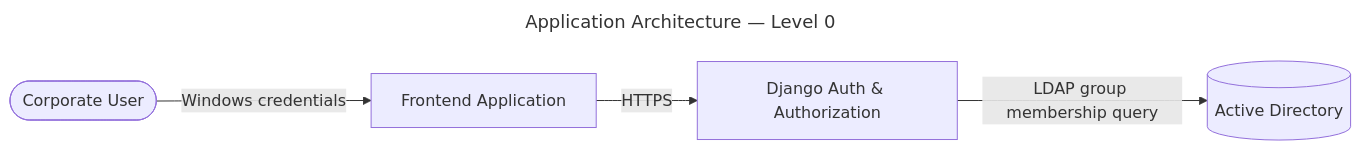
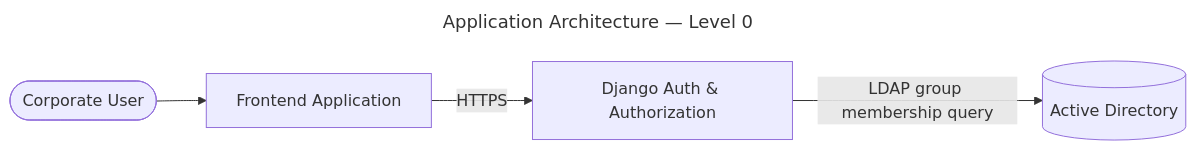
The first of 11 diagrams in docs/spec.md (LewisCM14/django_auth), drawn with Mermaid before and after one commit. The commit also changed other lines of this file and 30 other files, not shown here.

````diff
--- a/docs/spec.md
+++ b/docs/spec.md
@@ -50,14 +55,14 @@
 ```mermaid
 ---
 title: Application Architecture — Level 0
 ---
 flowchart LR
     User(["Corporate User"])
     FE["Frontend Application"]
     System["Django Auth &amp; Authorization"]
     AD[("Active Directory")]
 
-    User -- "Windows credentials" --> FE
+    User --> FE
     FE -- "HTTPS" --> System
     System -- "LDAP group membership query" --> AD
 ```
````
